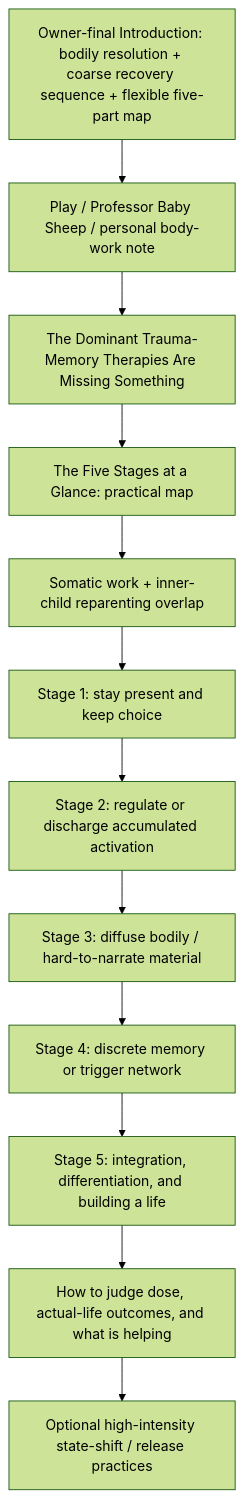
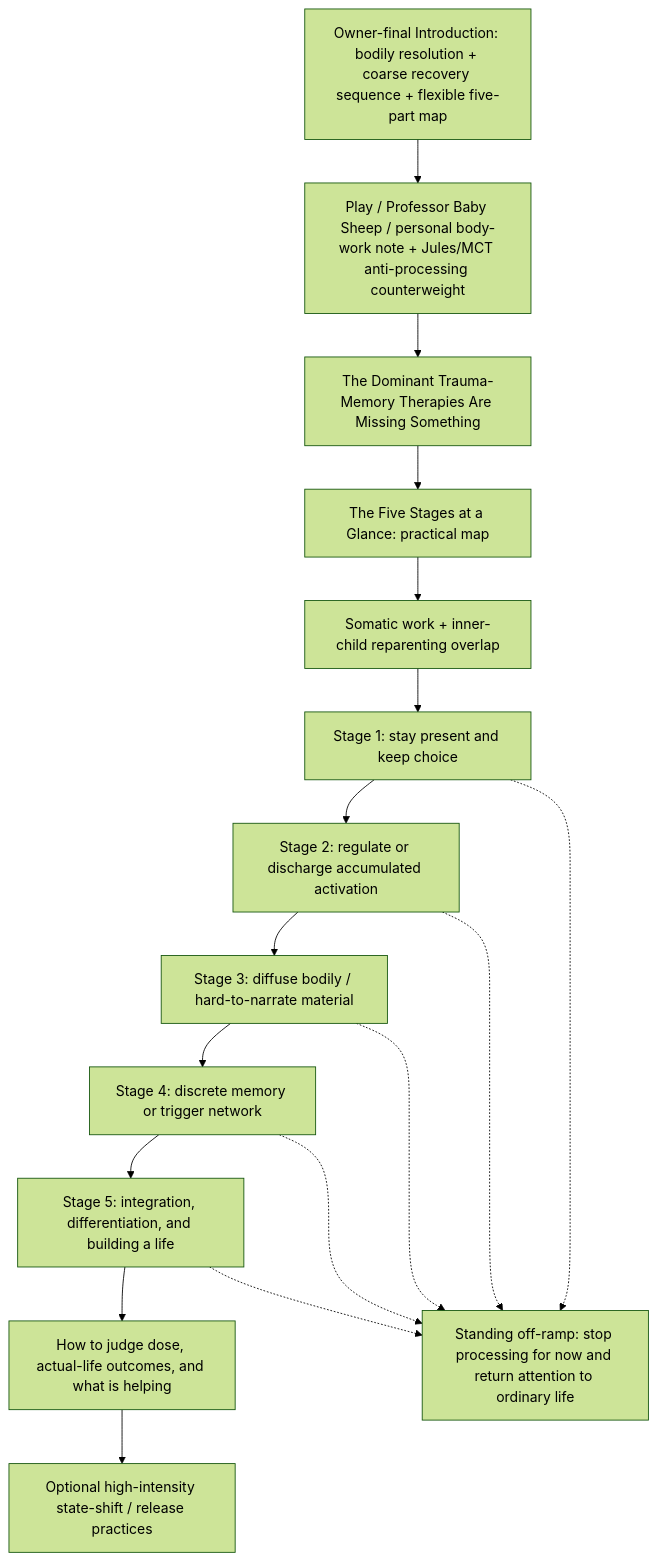
The diagram in articles/somatic-therapies/ARCHITECTURE.md (u-dont-existDOTcom/joel-articles), drawn with Mermaid (forest theme) before and after one commit. The commit also changed other lines of this file, not shown here.

Commit message:
Add cross-stage processing off-ramp to Somatic architecture

````diff
--- a/articles/somatic-therapies/ARCHITECTURE.md
+++ b/articles/somatic-therapies/ARCHITECTURE.md
@@ -8,14 +8,19 @@
 ```mermaid
 flowchart TD
-    A[Owner-final Introduction: bodily resolution + coarse recovery sequence + flexible five-part map] --> B[Play / Professor Baby Sheep / personal body-work note]
+    A[Owner-final Introduction: bodily resolution + coarse recovery sequence + flexible five-part map] --> B[Play / Professor Baby Sheep / personal body-work note + Jules/MCT anti-processing counterweight]
     B --> C[The Dominant Trauma-Memory Therapies Are Missing Something]
     C --> D[The Five Stages at a Glance: practical map]
     D --> E[Somatic work + inner-child reparenting overlap]
     E --> S1[Stage 1: stay present and keep choice]
     S1 --> S2[Stage 2: regulate or discharge accumulated activation]
     S2 --> S3[Stage 3: diffuse bodily / hard-to-narrate material]
     S3 --> S4[Stage 4: discrete memory or trigger network]
     S4 --> S5[Stage 5: integration, differentiation, and building a life]
     S5 --> H[How to judge dose, actual-life outcomes, and what is helping]
     H --> X[Optional high-intensity state-shift / release practices]
+    S1 -.-> O[Standing off-ramp: stop processing for now and return attention to ordinary life]
+    S2 -.-> O
+    S3 -.-> O
+    S4 -.-> O
+    S5 -.-> O
 ```
````
